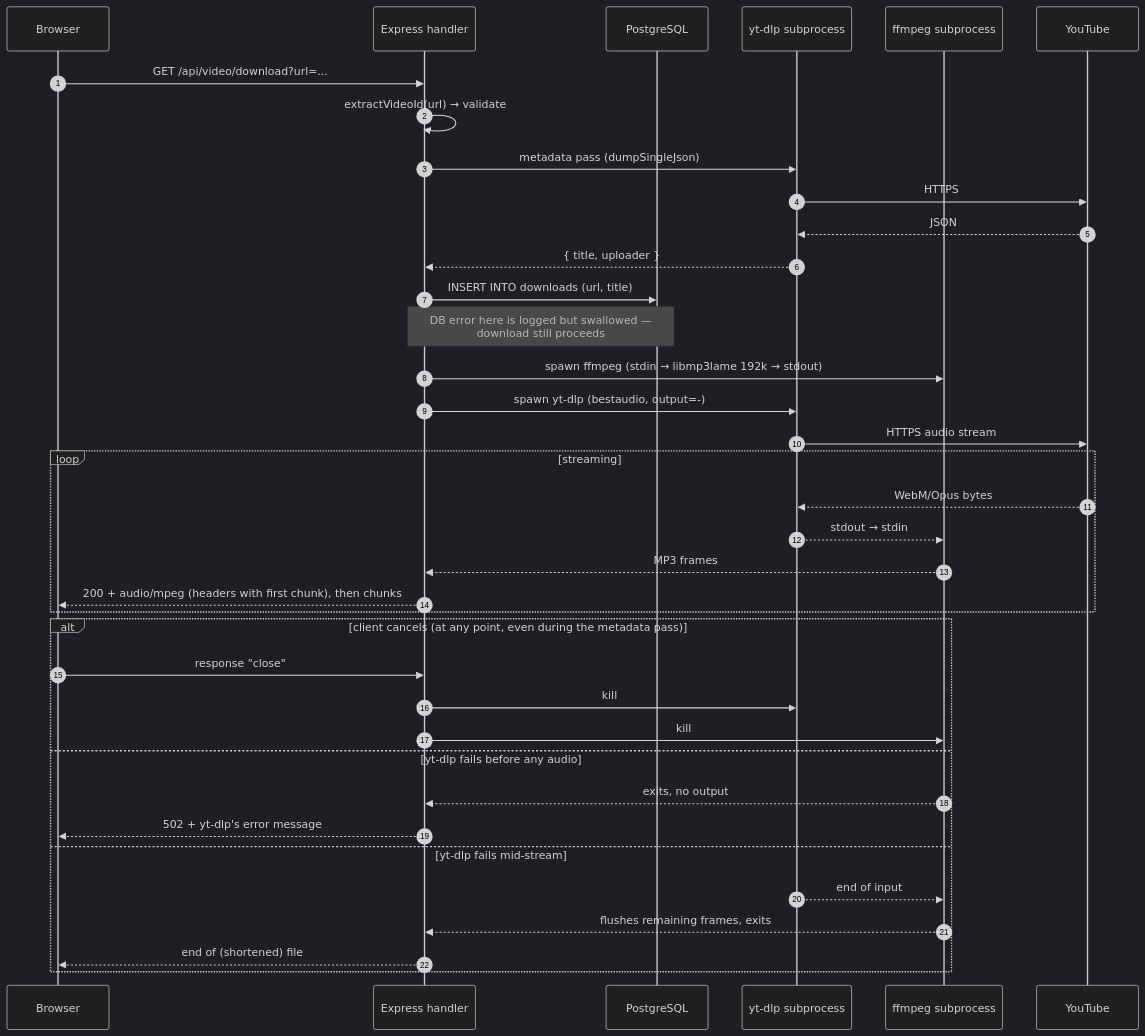
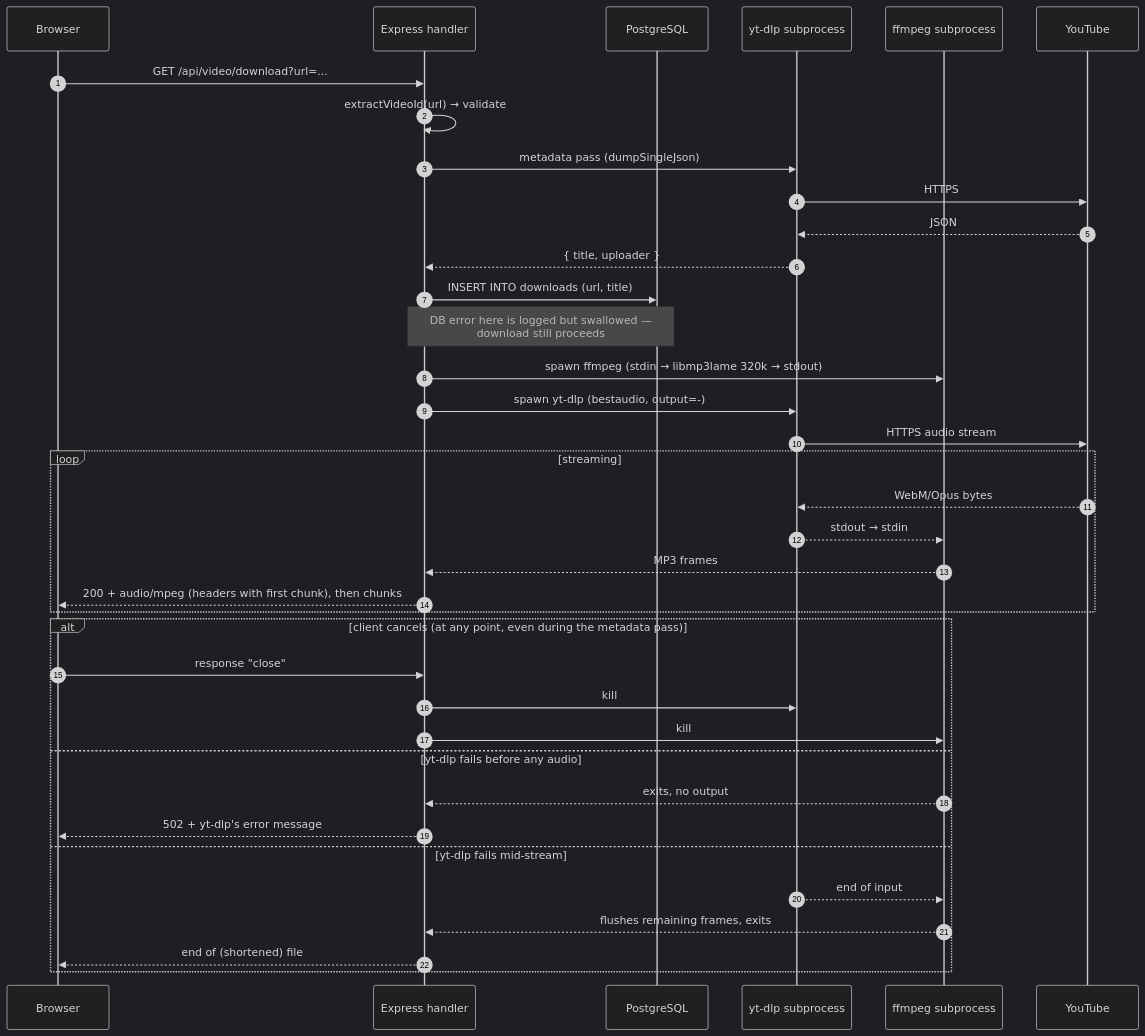
One commit to ShayanZafar/YTDownload changed the third of 4 diagrams in TECHNICAL.md. Above: the diagram before and after it, drawn with Mermaid (dark theme). The commit also changed other lines of this file and 5 other files, not shown here.

````diff
--- a/TECHNICAL.md
+++ b/TECHNICAL.md
@@ -163,40 +163,40 @@
 ```mermaid
 sequenceDiagram
   autonumber
   participant C as Browser
   participant S as Express handler
   participant DB as PostgreSQL
   participant Y as yt-dlp subprocess
   participant F as ffmpeg subprocess
   participant YT as YouTube
 
   C->>S: GET /api/video/download?url=...
   S->>S: extractVideoId(url) → validate
   S->>Y: metadata pass (dumpSingleJson)
   Y->>YT: HTTPS
   YT-->>Y: JSON
   Y-->>S: { title, uploader }
   S->>DB: INSERT INTO downloads (url, title)
   Note over S,DB: DB error here is logged but swallowed —<br/>download still proceeds
-  S->>F: spawn ffmpeg (stdin → libmp3lame 192k → stdout)
+  S->>F: spawn ffmpeg (stdin → libmp3lame 320k → stdout)
   S->>Y: spawn yt-dlp (bestaudio, output=-)
   Y->>YT: HTTPS audio stream
   loop streaming
     YT-->>Y: WebM/Opus bytes
     Y-->>F: stdout → stdin
     F-->>S: MP3 frames
     S-->>C: 200 + audio/mpeg (headers with first chunk), then chunks
   end
   alt client cancels (at any point, even during the metadata pass)
     C->>S: response "close"
     S->>Y: kill
     S->>F: kill
   else yt-dlp fails before any audio
     F-->>S: exits, no output
     S-->>C: 502 + yt-dlp's error message
   else yt-dlp fails mid-stream
     Y-->>F: end of input
     F-->>S: flushes remaining frames, exits
     S-->>C: end of (shortened) file
   end
 ```
````
